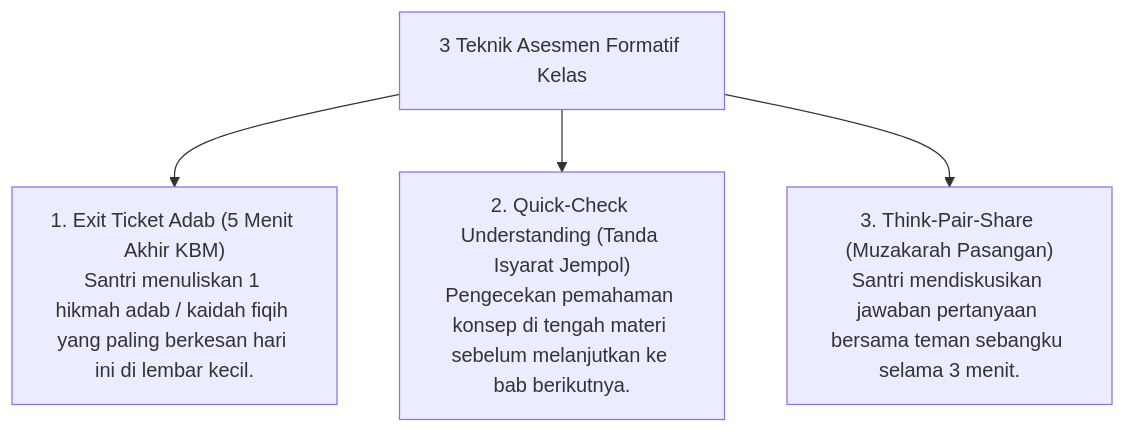
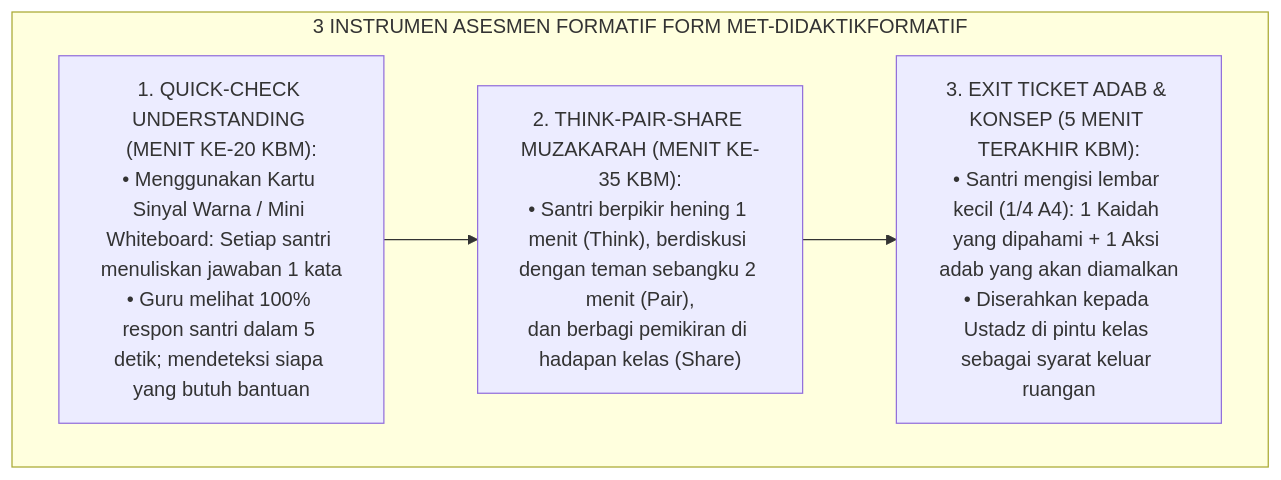
Before and after one commit to wandiapriliyandi/tumbuh: the second of 2 diagrams in 10 Methods/01 Learning Methods/P10-01-03-Metode-Didaktik-Interaktif-dan-Asesmen-Formatif-Kelas.md, drawn with Mermaid. The commit also changed other lines of this file and 3 other files, not shown here.

````diff
--- a/10 Methods/01 Learning Methods/P10-01-03-Metode-Didaktik-Interaktif-dan-Asesmen-Formatif-Kelas.md
+++ b/10 Methods/01 Learning Methods/P10-01-03-Metode-Didaktik-Interaktif-dan-Asesmen-Formatif-Kelas.md
@@ -14,7 +45,9 @@
 ```mermaid
-graph TD
-    FormativeTools["3 Teknik Asesmen Formatif Kelas"]
-    FormativeTools --> ExitTicket["1. Exit Ticket Adab (5 Menit Akhir KBM)<br/>Santri menuliskan 1 hikmah adab / kaidah fiqih yang paling berkesan hari ini di lembar kecil."]
-    FormativeTools --> QuickCheck["2. Quick-Check Understanding (Tanda Isyarat Jempol)<br/>Pengecekan pemahaman konsep di tengah materi sebelum melanjutkan ke bab berikutnya."]
-    FormativeTools --> PeerPairShare["3. Think-Pair-Share (Muzakarah Pasangan)<br/>Santri mendiskusikan jawaban pertanyaan bersama teman sebangku selama 3 menit."]
+flowchart TD
+    subgraph ThreeFormativeTools["3 INSTRUMEN ASESMEN FORMATIF FORM MET-DIDAKTIKFORMATIF"]
+        T1["1. QUICK-CHECK UNDERSTANDING (MENIT KE-20 KBM):<br/>• Menggunakan Kartu Sinyal Warna / Mini Whiteboard: Setiap santri menuliskan jawaban 1 kata<br/>• Guru melihat 100% respon santri dalam 5 detik; mendeteksi siapa yang butuh bantuan"]
+        T2["2. THINK-PAIR-SHARE MUZAKARAH (MENIT KE-35 KBM):<br/>• Santri berpikir hening 1 menit (Think), berdiskusi dengan teman sebangku 2 menit (Pair),<br/>dan berbagi pemikiran di hadapan kelas (Share)"]
+        T3["3. EXIT TICKET ADAB & KONSEP (5 MENIT TERAKHIR KBM):<br/>• Santri mengisi lembar kecil (1/4 A4): 1 Kaidah yang dipahami + 1 Aksi adab yang akan diamalkan<br/>• Diserahkan kepada Ustadz di pintu kelas sebagai syarat keluar ruangan"]
+        T1 --> T2 --> T3
+    end
 ```
````
